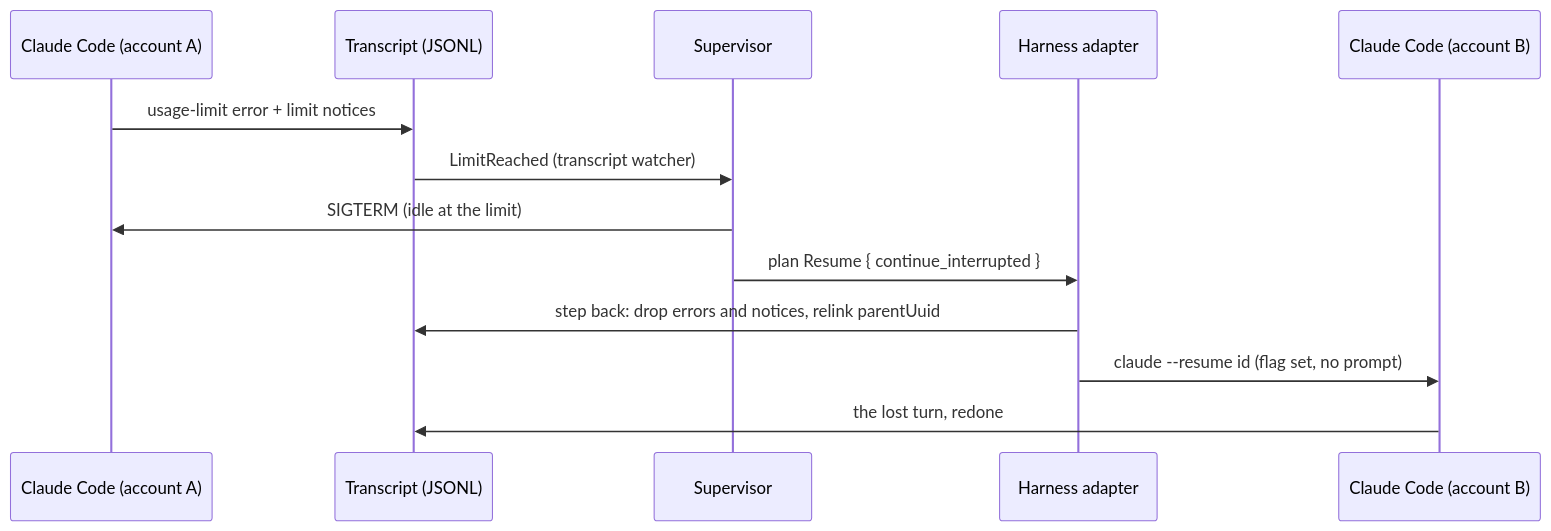
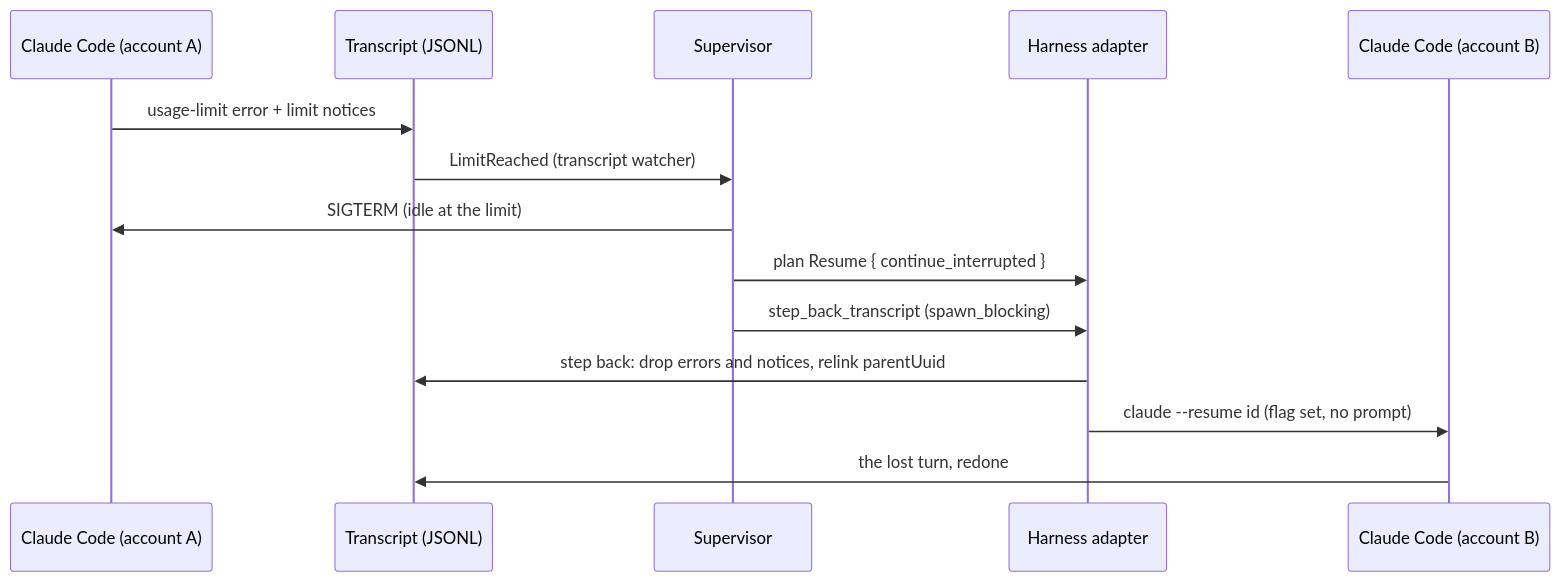
Before and after one commit to Quartio-Studio/yulius: the fourth of 15 diagrams in docs/architecture.md, drawn with Mermaid. The commit also changed other lines of this file and 20 other files, not shown here.

````diff
--- a/docs/architecture.md
+++ b/docs/architecture.md
@@ -102,15 +108,16 @@
 ```mermaid
 sequenceDiagram
     participant C as Claude Code (account A)
     participant T as Transcript (JSONL)
     participant S as Supervisor
     participant H as Harness adapter
     participant N as Claude Code (account B)
     C->>T: usage-limit error + limit notices
     T->>S: LimitReached (transcript watcher)
     S->>C: SIGTERM (idle at the limit)
     S->>H: plan Resume { continue_interrupted }
+    S->>H: step_back_transcript (spawn_blocking)
     H->>T: step back: drop errors and notices, relink parentUuid
     H->>N: claude --resume id (flag set, no prompt)
     N->>T: the lost turn, redone
 ```
````
